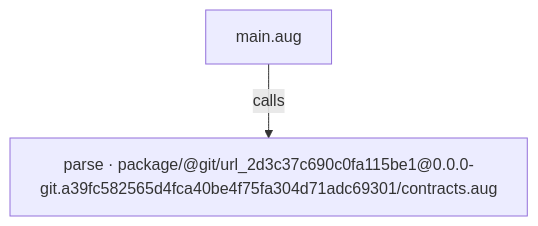
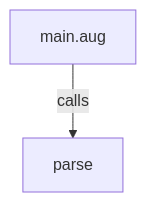
The first of 2 diagrams in benchmarks/json/main.aug.diagrams.md (GreenPandaStudios/augscript), drawn with Mermaid before and after one commit. The commit also changed other lines of this file and 524 other files, not shown here.

Commit message:
Explain checked data flow at folder and service levels

````diff
--- a/benchmarks/json/main.aug.diagrams.md
+++ b/benchmarks/json/main.aug.diagrams.md
@@ -13,6 +11,6 @@
 ```mermaid
 flowchart TD
     n0["main.aug"]
-    n1["parse · package/@git/url_2d3c37c690c0fa115be1@0.0.0-git.a39fc582565d4fca40be4f75fa304d71adc69301/contracts.aug"]
+    n1["parse"]
     n0 -->|"calls"| n1
 ```
````
